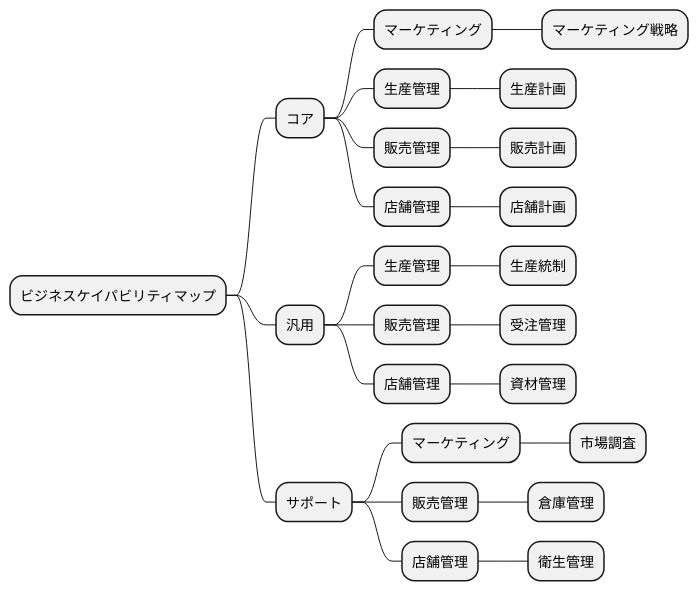
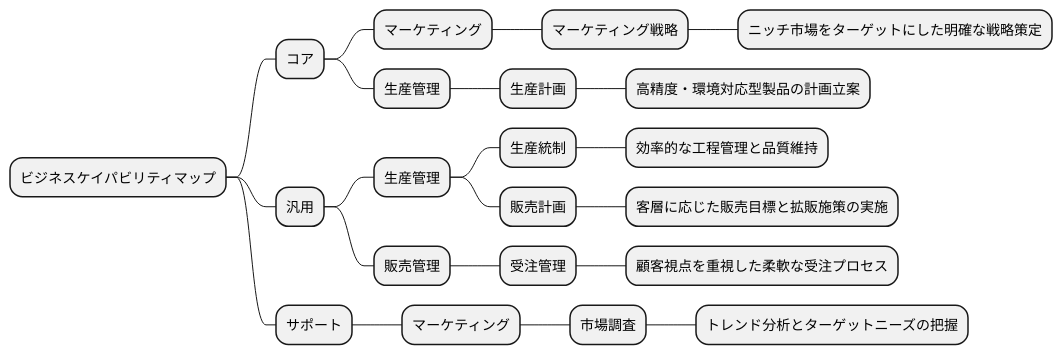
One commit to k2works/case-sutudy-business-analysis changed diagram 13 of 19 in docs/case/h30_case_1.adoc. Above: the diagram before and after it, drawn with PlantUML. The commit also changed other lines of this file, not shown here.

```diff
--- a/docs/case/h30_case_1.adoc
+++ b/docs/case/h30_case_1.adoc
@@ -338,31 +491,28 @@
 [plantuml]
 ----
 @startmindmap
 
 * ビジネスケイパビリティマップ
 ** コア
 *** マーケティング
 **** マーケティング戦略
+***** ニッチ市場をターゲットにした明確な戦略策定
 *** 生産管理
 **** 生産計画
-*** 販売管理
-**** 販売計画
-*** 店舗管理
-**** 店舗計画
+***** 高精度・環境対応型製品の計画立案
 ** 汎用
 *** 生産管理
 **** 生産統制
+***** 効率的な工程管理と品質維持
+**** 販売計画
+***** 客層に応じた販売目標と拡販施策の実施
 *** 販売管理
 **** 受注管理
-*** 店舗管理
-**** 資材管理
+***** 顧客視点を重視した柔軟な受注プロセス
 ** サポート
 *** マーケティング
 **** 市場調査
-*** 販売管理
-**** 倉庫管理
-*** 店舗管理
-**** 衛生管理
+***** トレンド分析とターゲットニーズの把握
 
 @endmindmap
 ----
```
